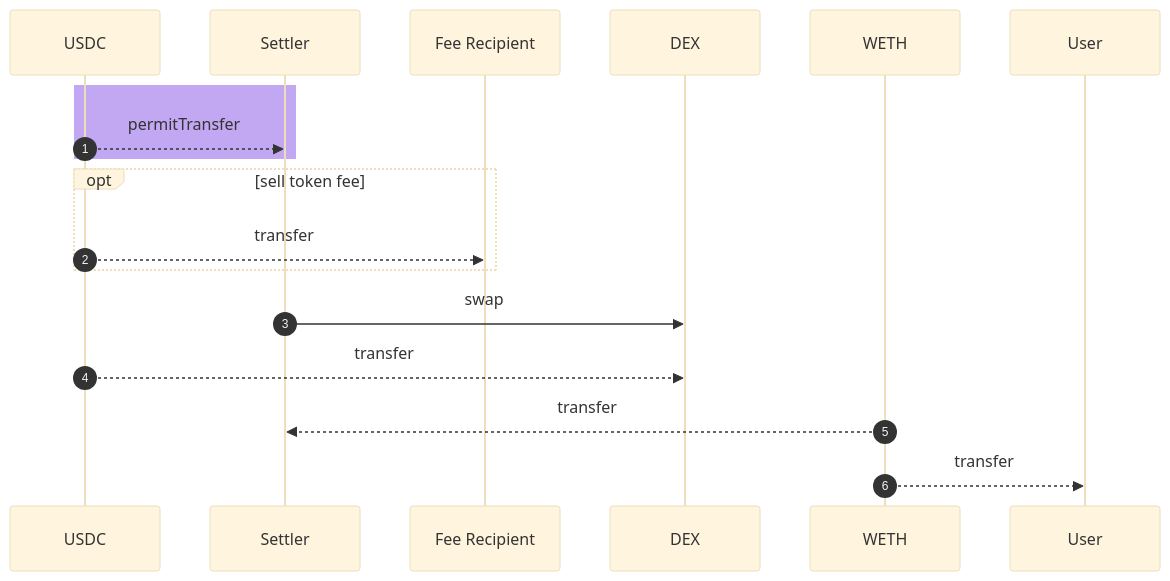
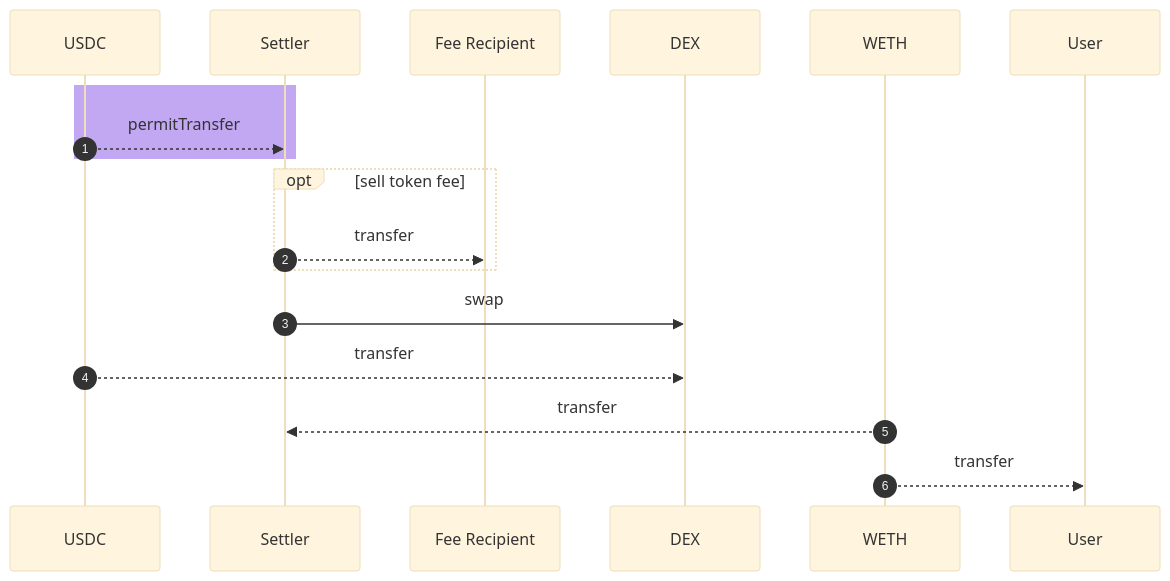
Before and after one commit to 0xProject/0x-settler: the sixth of 12 diagrams in README.md, drawn with Mermaid (base theme). The commit also changed other lines of this file, not shown here.

````diff
--- a/README.md
+++ b/README.md
@@ -700,14 +762,14 @@
 ```mermaid
 sequenceDiagram
     autonumber
     rect rgba(133, 81, 231, 0.5)
         USDC-->>Settler: permitTransfer
     end
     opt sell token fee
-        USDC-->>Fee Recipient: transfer
+        Settler-->>Fee Recipient: transfer
     end
     Settler->>DEX: swap
     USDC-->>DEX: transfer
     WETH-->>Settler: transfer
     WETH-->>User: transfer
 ```
````
